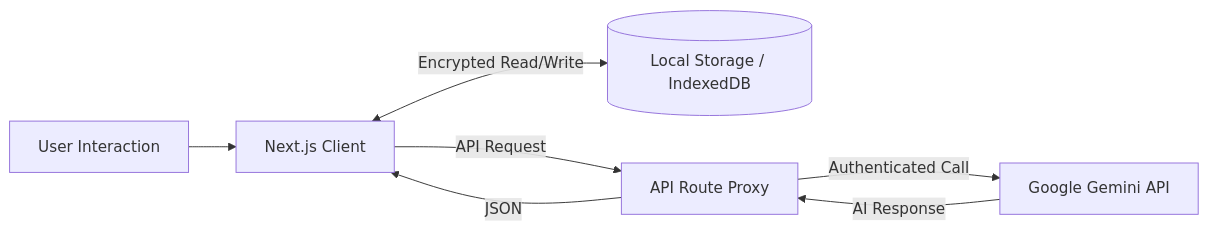
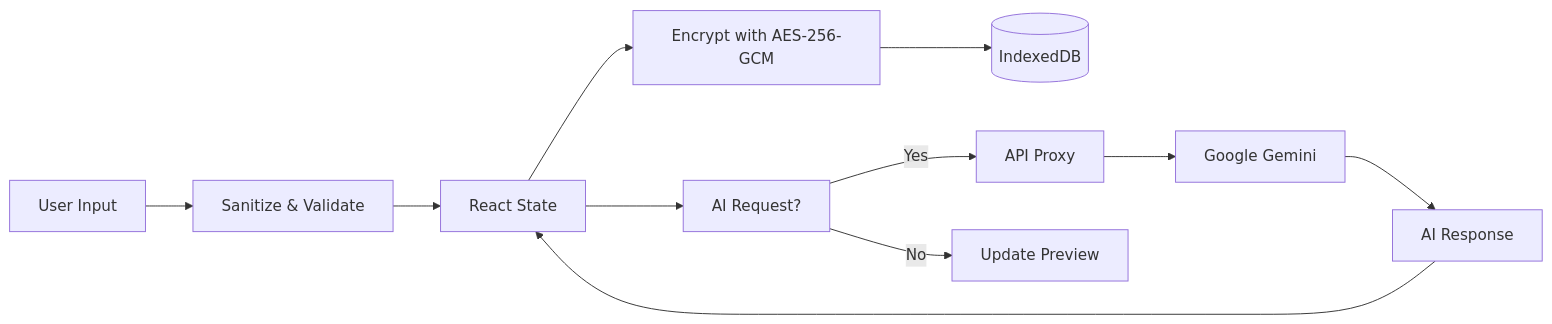
Before and after one commit to vijay324/Resume-Flotick: the diagram in README.md, drawn with Mermaid. The commit also changed other lines of this file, not shown here.

````diff
--- a/README.md
+++ b/README.md
@@ -107,9 +278,13 @@
 ```mermaid
 graph LR
-    User[User Interaction] --> Client[Next.js Client]
-    Client <-->|Encrypted Read/Write| LocalDB[(Local Storage / IndexedDB)]
-    Client -->|API Request| Proxy[API Route Proxy]
-    Proxy -->|Authenticated Call| Gemini[Google Gemini API]
-    Gemini -->|AI Response| Proxy
-    Proxy -->|JSON| Client
+    A[User Input] --> B[Sanitize & Validate]
+    B --> C[React State]
+    C --> D[Encrypt with AES-256-GCM]
+    D --> E[(IndexedDB)]
+    C --> F[AI Request?]
+    F -->|Yes| G[API Proxy]
+    G --> H[Google Gemini]
+    H --> I[AI Response]
+    I --> C
+    F -->|No| J[Update Preview]
 ```
````
